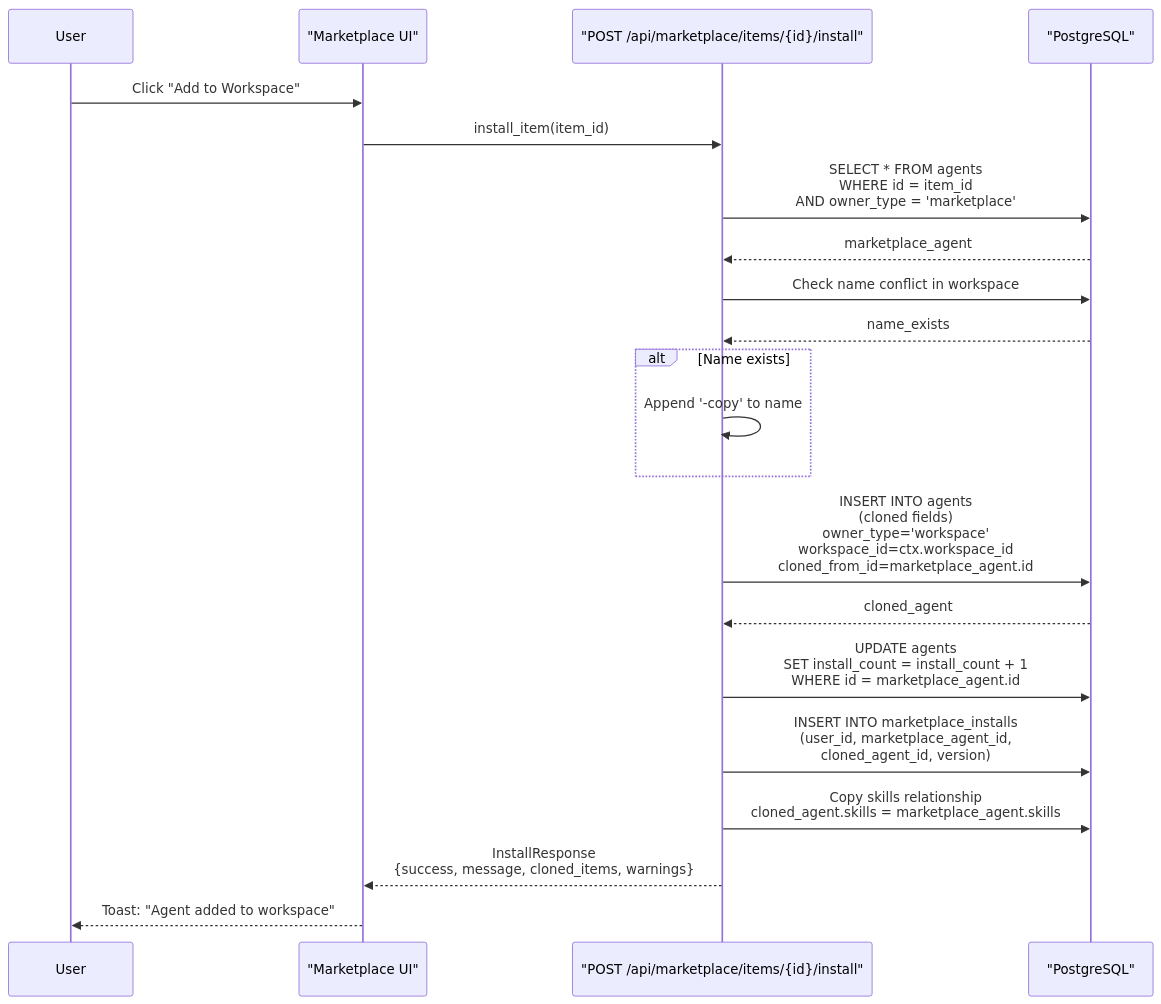
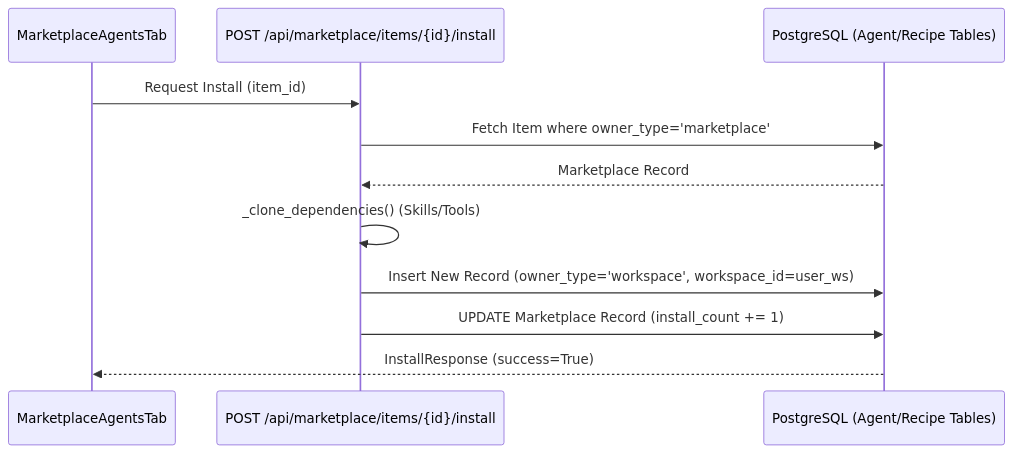
Before and after one commit to AutomatosAI/automatos-ai: the second of 2 diagrams in docs/community-marketplace/_index.md, drawn with Mermaid. The commit also changed other lines of this file and 149 other files, not shown here.

Commit message:
docs: refresh documentation with graphify semantic scan

````diff
--- a/docs/community-marketplace/_index.md
+++ b/docs/community-marketplace/_index.md
@@ -197,32 +105,14 @@
 ```mermaid
 sequenceDiagram
-    participant User
-    participant Frontend as "Marketplace UI"
-    participant API as "POST /api/marketplace/items/{id}/install"
-    participant DB as "PostgreSQL"
-    
-    User->>Frontend: Click "Add to Workspace"
-    Frontend->>API: install_item(item_id)
-    
-    API->>DB: SELECT * FROM agents<br/>WHERE id = item_id<br/>AND owner_type = 'marketplace'
-    DB-->>API: marketplace_agent
-    
-    API->>DB: Check name conflict in workspace
-    DB-->>API: name_exists
-    
-    alt Name exists
-        API->>API: Append '-copy' to name
-    end
-    
-    API->>DB: INSERT INTO agents<br/>(cloned fields)<br/>owner_type='workspace'<br/>workspace_id=ctx.workspace_id<br/>cloned_from_id=marketplace_agent.id
-    DB-->>API: cloned_agent
-    
-    API->>DB: UPDATE agents<br/>SET install_count = install_count + 1<br/>WHERE id = marketplace_agent.id
-    
-    API->>DB: INSERT INTO marketplace_installs<br/>(user_id, marketplace_agent_id,<br/>cloned_agent_id, version)
-    
-    API->>DB: Copy skills relationship<br/>cloned_agent.skills = marketplace_agent.skills
-    
-    API-->>Frontend: InstallResponse<br/>{success, message, cloned_items, warnings}
-    Frontend-->>User: Toast: "Agent added to workspace"
+    participant UI as MarketplaceAgentsTab
+    participant API as POST /api/marketplace/items/{id}/install
+    participant DB as PostgreSQL (Agent/Recipe Tables)
+
+    UI->>API: Request Install (item_id)
+    API->>DB: Fetch Item where owner_type='marketplace'
+    DB-->>API: Marketplace Record
+    API->>API: _clone_dependencies() (Skills/Tools)
+    API->>DB: Insert New Record (owner_type='workspace', workspace_id=user_ws)
+    API->>DB: UPDATE Marketplace Record (install_count += 1)
+    DB-->>UI: InstallResponse (success=True)
 ```
````
